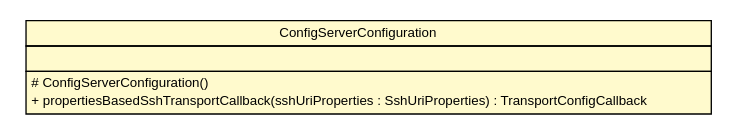
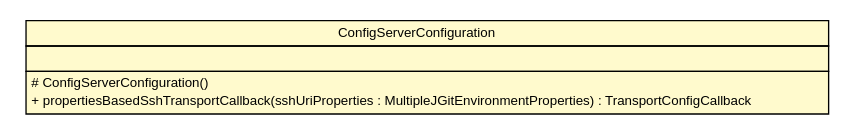
Before and after one commit to cloud-ready/cloud-ready: the diagram in snapshot/build-docker/spring-cloud-config/spring-cloud-config-server/apidocs/cn/home1/cloud/config/server/ConfigServer.ConfigServerConfiguration.dot, drawn with Graphviz. The commit also changed 200 other files, not shown here.

Commit message:
Creating site for spring-cloud-config-server-2.0.1-springboot2-SNAPSHOT

```diff
--- a/snapshot/build-docker/spring-cloud-config/spring-cloud-config-server/apidocs/cn/home1/cloud/config/server/ConfigServer.ConfigServerConfiguration.dot
+++ b/snapshot/build-docker/spring-cloud-config/spring-cloud-config-server/apidocs/cn/home1/cloud/config/server/ConfigServer.ConfigServerConfiguration.dot
@@ -1,25 +1,25 @@
 #!/usr/local/bin/dot
 #
 # Class diagram 
 # Generated by UMLGraph version R5_6-24-gf6e263 (http://www.umlgraph.org/)
 #
 
 digraph G {
 	edge [fontname="Helvetica",fontsize=10,labelfontname="Helvetica",labelfontsize=10];
 	node [fontname="Helvetica",fontsize=10,shape=plaintext];
 	nodesep=0.25;
 	ranksep=0.5;
 	// cn.home1.cloud.config.server.ConfigServer.ConfigServerConfiguration
-	c179 [label=<<table title="cn.home1.cloud.config.server.ConfigServer.ConfigServerConfiguration" border="0" cellborder="1" cellspacing="0" cellpadding="2" port="p" bgcolor="lemonChiffon" href="./ConfigServer.ConfigServerConfiguration.html">
+	c176 [label=<<table title="cn.home1.cloud.config.server.ConfigServer.ConfigServerConfiguration" border="0" cellborder="1" cellspacing="0" cellpadding="2" port="p" bgcolor="lemonChiffon" href="./ConfigServer.ConfigServerConfiguration.html">
 		<tr><td><table border="0" cellspacing="0" cellpadding="1">
 <tr><td align="center" balign="center"> ConfigServerConfiguration </td></tr>
 		</table></td></tr>
 		<tr><td><table border="0" cellspacing="0" cellpadding="1">
 <tr><td align="left" balign="left">  </td></tr>
 		</table></td></tr>
 		<tr><td><table border="0" cellspacing="0" cellpadding="1">
 <tr><td align="left" balign="left"> # ConfigServerConfiguration() </td></tr>
-<tr><td align="left" balign="left"> + propertiesBasedSshTransportCallback(sshUriProperties : SshUriProperties) : TransportConfigCallback </td></tr>
+<tr><td align="left" balign="left"> + propertiesBasedSshTransportCallback(sshUriProperties : MultipleJGitEnvironmentProperties) : TransportConfigCallback </td></tr>
 		</table></td></tr>
 		</table>>, URL="./ConfigServer.ConfigServerConfiguration.html", fontname="Helvetica", fontcolor="black", fontsize=10.0];
 }
```
